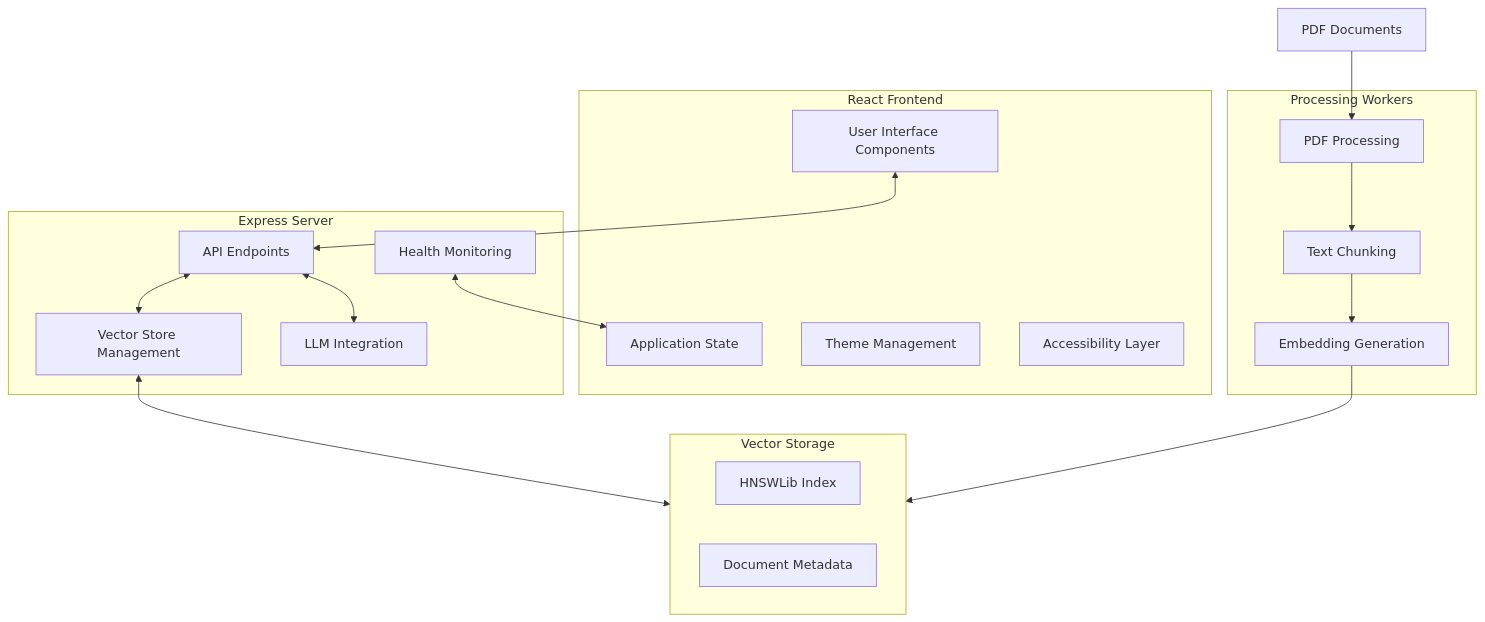
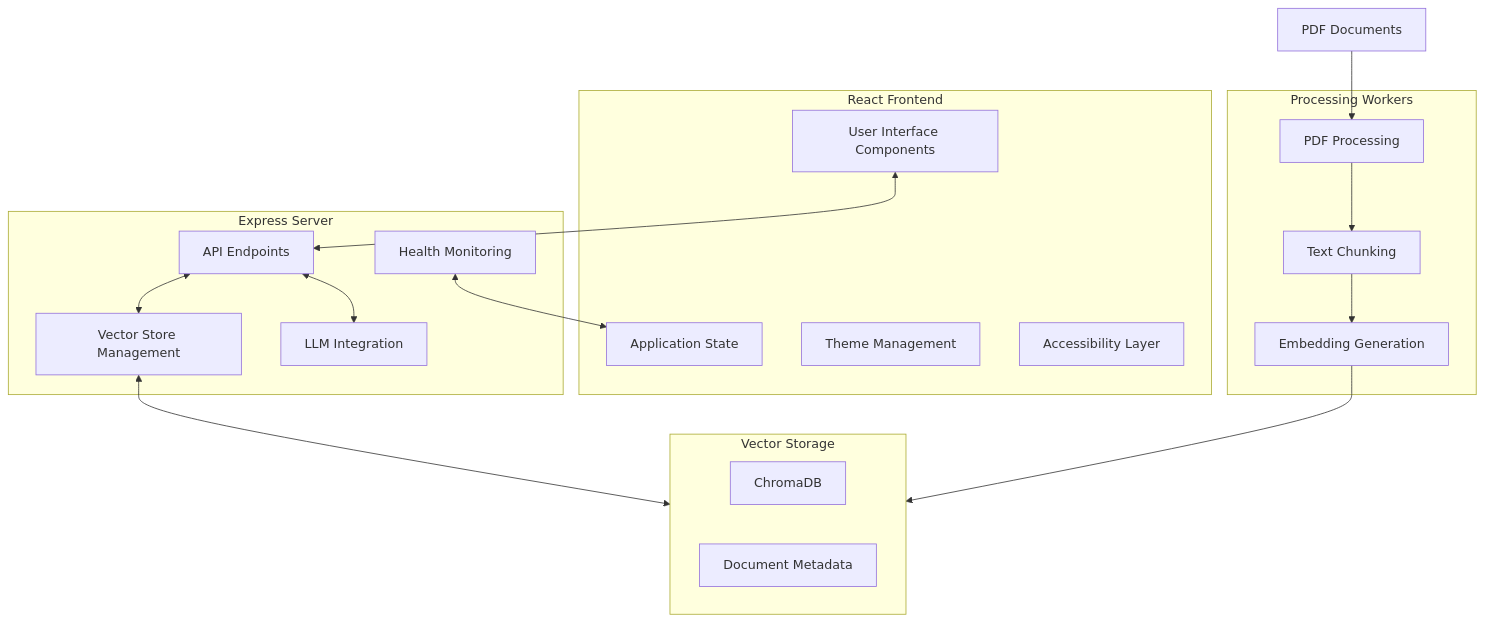
Before and after one commit to mrballistic/ableton-helpbot: the first of 4 diagrams in memory-bank/systemPatterns.md, drawn with Mermaid. The commit also changed other lines of this file and 8 other files, not shown here.

````diff
--- a/memory-bank/systemPatterns.md
+++ b/memory-bank/systemPatterns.md
@@ -7,35 +7,35 @@
 ```mermaid
 flowchart TD
     subgraph Frontend [React Frontend]
         UI[User Interface Components]
         State[Application State]
         Theme[Theme Management]
         Access[Accessibility Layer]
     end
     
     subgraph Backend [Express Server]
         API[API Endpoints]
         VStore[Vector Store Management]
         LLM[LLM Integration]
         Health[Health Monitoring]
     end
     
     subgraph Workers [Processing Workers]
         PDFProc[PDF Processing]
         Chunking[Text Chunking]
         Embed[Embedding Generation]
     end
     
     subgraph Storage [Vector Storage]
-        HNSW[HNSWLib Index]
+        ChromaDB[ChromaDB]
         Meta[Document Metadata]
     end
     
     PDFs[PDF Documents] --> PDFProc
     UI <--> API
     API <--> VStore
     API <--> LLM
     VStore <--> Storage
     PDFProc --> Chunking --> Embed --> Storage
     Health <--> State
 ```
````
